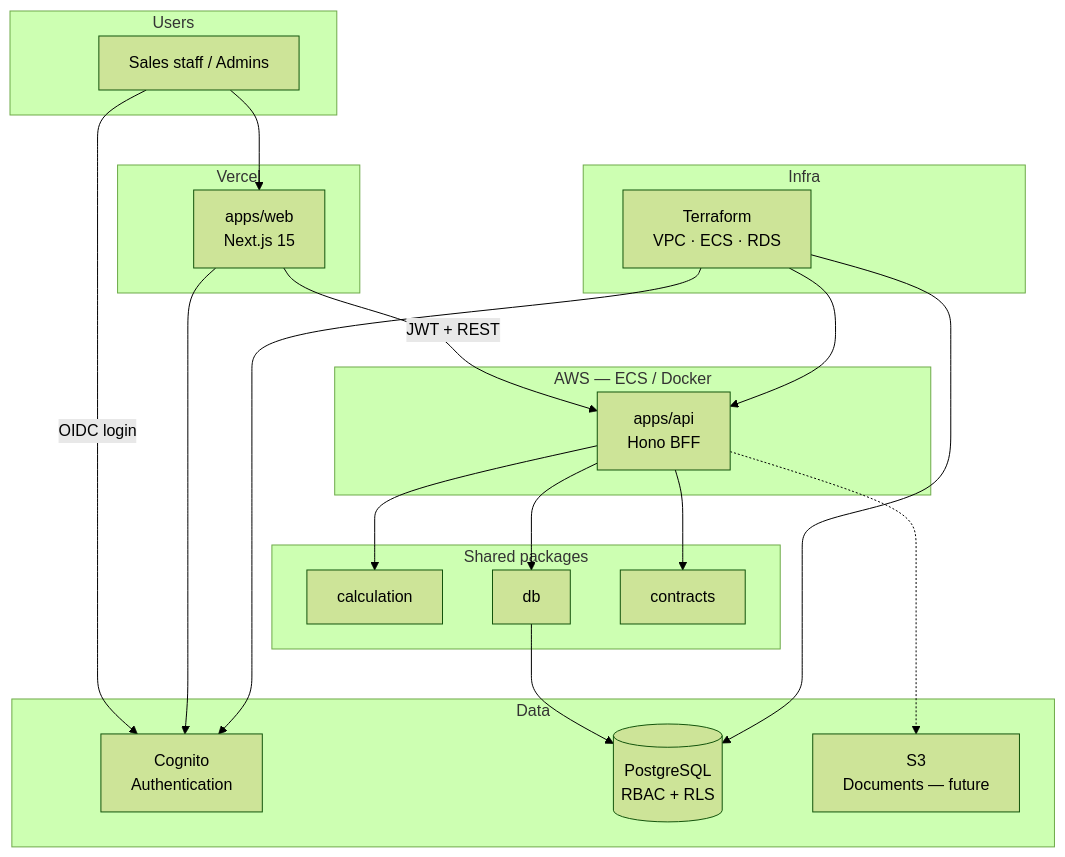
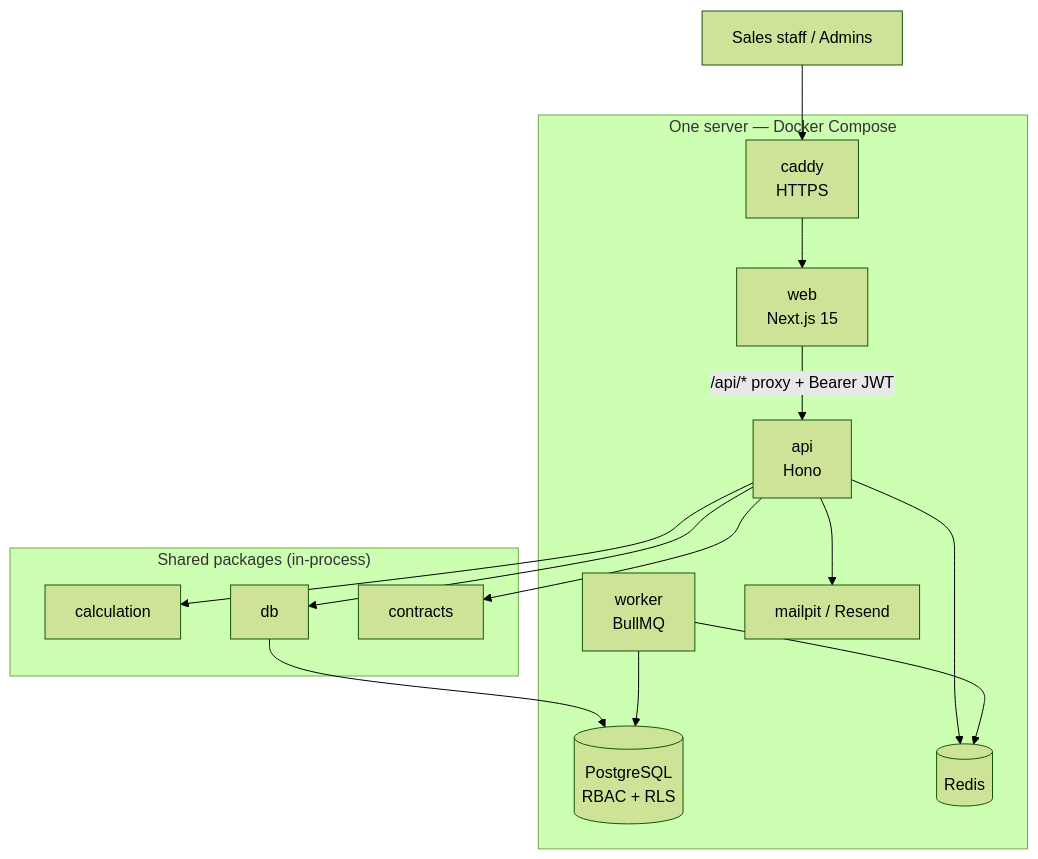
The first of 4 diagrams in docs/technical-overview.md (saifookhan/previo-schuco), drawn with Mermaid (forest theme) before and after one commit. The commit also changed other lines of this file and 43 other files, not shown here.

````diff
--- a/docs/technical-overview.md
+++ b/docs/technical-overview.md
@@ -23,43 +26,31 @@
 ```mermaid
 flowchart TB
-  subgraph Users
-    Browser[Sales staff / Admins]
+  Browser[Sales staff / Admins]
+
+  subgraph server["One server — Docker Compose"]
+    Caddy["caddy<br/>HTTPS"]
+    Web["web<br/>Next.js 15"]
+    API["api<br/>Hono"]
+    Worker["worker<br/>BullMQ"]
+    PG[("PostgreSQL<br/>RBAC + RLS")]
+    Redis[("Redis")]
+    Mail["mailpit / Resend"]
   end
 
-  subgraph Vercel
-    Web["apps/web<br/>Next.js 15"]
-  end
-
-  subgraph AWS["AWS — ECS / Docker"]
-    API["apps/api<br/>Hono BFF"]
-  end
-
-  subgraph Packages["Shared packages"]
+  subgraph Packages["Shared packages (in-process)"]
     Calc[calculation]
     Db[db]
     Contracts[contracts]
   end
 
-  subgraph Data
-    Cognito["Cognito<br/>Authentication"]
-    PG[("PostgreSQL<br/>RBAC + RLS")]
-    S3["S3<br/>Documents — future"]
-  end
-
-  subgraph Infra
-    TF["Terraform<br/>VPC · ECS · RDS"]
-  end
-
-  Browser --> Web
-  Browser -->|OIDC login| Cognito
-  Web --> Cognito
-  Web -->|JWT + REST| API
+  Browser --> Caddy --> Web
+  Web -->|"/api/* proxy + Bearer JWT"| API
   API --> Calc
   API --> Db
   API --> Contracts
   Db --> PG
-  API -.-> S3
-  TF --> API
-  TF --> PG
-  TF --> Cognito
+  API --> Redis
+  Worker --> Redis
+  Worker --> PG
+  API --> Mail
 ```
````
